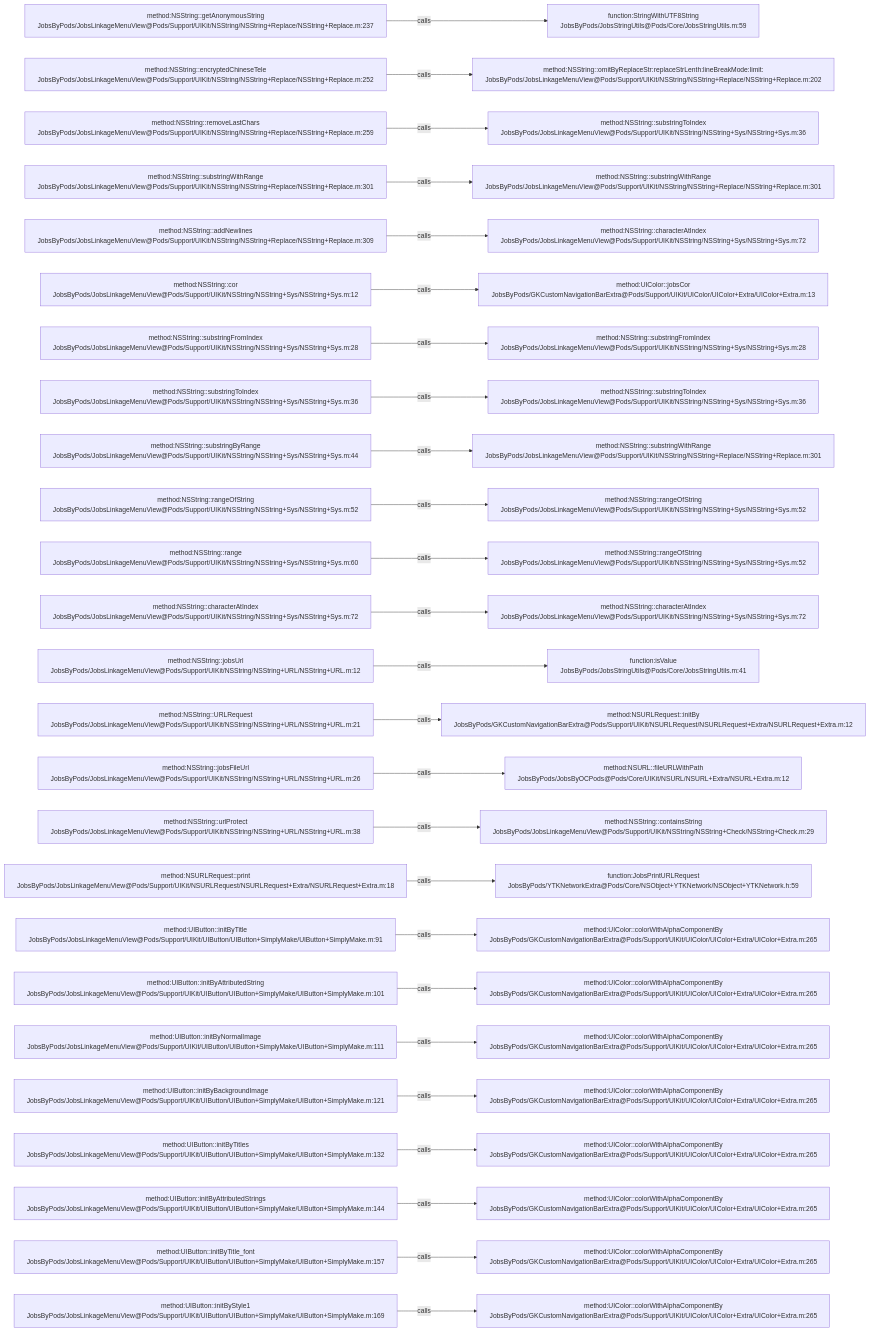
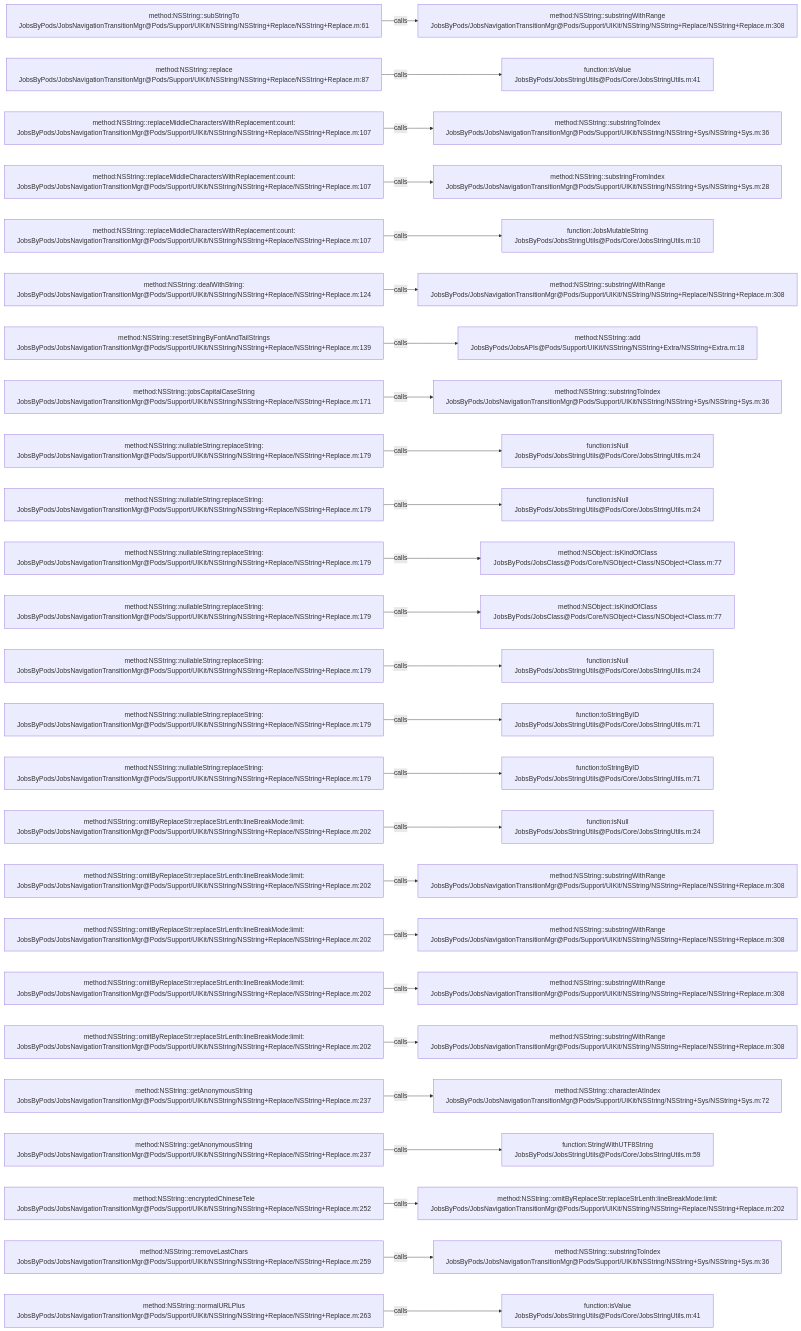
The diagram in .codegraph/codegraph.md/graphs/calls-132.md (JobsKits/JobsOCBaseConfigDemo), drawn with Mermaid before and after one commit. The commit also changed 1026 other files, not shown here.

````diff
--- a/.codegraph/codegraph.md/graphs/calls-132.md
+++ b/.codegraph/codegraph.md/graphs/calls-132.md
@@ -13,78 +13,78 @@
 ```mermaid
 flowchart LR
-  S1["method:NSString::getAnonymousString<br/>JobsByPods/JobsLinkageMenuView@Pods/Support/UIKit/NSString/NSString+Replace/NSString+Replace.m:237"]
-  T1["function:StringWithUTF8String<br/>JobsByPods/JobsStringUtils@Pods/Core/JobsStringUtils.m:59"]
+  S1["method:NSString::subStringTo<br/>JobsByPods/JobsNavigationTransitionMgr@Pods/Support/UIKit/NSString/NSString+Replace/NSString+Replace.m:61"]
+  T1["method:NSString::substringWithRange<br/>JobsByPods/JobsNavigationTransitionMgr@Pods/Support/UIKit/NSString/NSString+Replace/NSString+Replace.m:308"]
   S1 -->|calls| T1
-  S2["method:NSString::encryptedChineseTele<br/>JobsByPods/JobsLinkageMenuView@Pods/Support/UIKit/NSString/NSString+Replace/NSString+Replace.m:252"]
-  T2["method:NSString::omitByReplaceStr:replaceStrLenth:lineBreakMode:limit:<br/>JobsByPods/JobsLinkageMenuView@Pods/Support/UIKit/NSString/NSString+Replace/NSString+Replace.m:202"]
+  S2["method:NSString::replace<br/>JobsByPods/JobsNavigationTransitionMgr@Pods/Support/UIKit/NSString/NSString+Replace/NSString+Replace.m:87"]
+  T2["function:isValue<br/>JobsByPods/JobsStringUtils@Pods/Core/JobsStringUtils.m:41"]
   S2 -->|calls| T2
-  S3["method:NSString::removeLastChars<br/>JobsByPods/JobsLinkageMenuView@Pods/Support/UIKit/NSString/NSString+Replace/NSString+Replace.m:259"]
-  T3["method:NSString::substringToIndex<br/>JobsByPods/JobsLinkageMenuView@Pods/Support/UIKit/NSString/NSString+Sys/NSString+Sys.m:36"]
+  S3["method:NSString::replaceMiddleCharactersWithReplacement:count:<br/>JobsByPods/JobsNavigationTransitionMgr@Pods/Support/UIKit/NSString/NSString+Replace/NSString+Replace.m:107"]
+  T3["method:NSString::substringToIndex<br/>JobsByPods/JobsNavigationTransitionMgr@Pods/Support/UIKit/NSString/NSString+Sys/NSString+Sys.m:36"]
   S3 -->|calls| T3
-  S4["method:NSString::substringWithRange<br/>JobsByPods/JobsLinkageMenuView@Pods/Support/UIKit/NSString/NSString+Replace/NSString+Replace.m:301"]
-  T4["method:NSString::substringWithRange<br/>JobsByPods/JobsLinkageMenuView@Pods/Support/UIKit/NSString/NSString+Replace/NSString+Replace.m:301"]
+  S4["method:NSString::replaceMiddleCharactersWithReplacement:count:<br/>JobsByPods/JobsNavigationTransitionMgr@Pods/Support/UIKit/NSString/NSString+Replace/NSString+Replace.m:107"]
+  T4["method:NSString::substringFromIndex<br/>JobsByPods/JobsNavigationTransitionMgr@Pods/Support/UIKit/NSString/NSString+Sys/NSString+Sys.m:28"]
   S4 -->|calls| T4
-  S5["method:NSString::addNewlines<br/>JobsByPods/JobsLinkageMenuView@Pods/Support/UIKit/NSString/NSString+Replace/NSString+Replace.m:309"]
-  T5["method:NSString::characterAtIndex<br/>JobsByPods/JobsLinkageMenuView@Pods/Support/UIKit/NSString/NSString+Sys/NSString+Sys.m:72"]
+  S5["method:NSString::replaceMiddleCharactersWithReplacement:count:<br/>JobsByPods/JobsNavigationTransitionMgr@Pods/Support/UIKit/NSString/NSString+Replace/NSString+Replace.m:107"]
+  T5["function:JobsMutableString<br/>JobsByPods/JobsStringUtils@Pods/Core/JobsStringUtils.m:10"]
   S5 -->|calls| T5
-  S6["method:NSString::cor<br/>JobsByPods/JobsLinkageMenuView@Pods/Support/UIKit/NSString/NSString+Sys/NSString+Sys.m:12"]
-  T6["method:UIColor::jobsCor<br/>JobsByPods/GKCustomNavigationBarExtra@Pods/Support/UIKit/UIColor/UIColor+Extra/UIColor+Extra.m:13"]
+  S6["method:NSString::dealWithString:<br/>JobsByPods/JobsNavigationTransitionMgr@Pods/Support/UIKit/NSString/NSString+Replace/NSString+Replace.m:124"]
+  T6["method:NSString::substringWithRange<br/>JobsByPods/JobsNavigationTransitionMgr@Pods/Support/UIKit/NSString/NSString+Replace/NSString+Replace.m:308"]
   S6 -->|calls| T6
-  S7["method:NSString::substringFromIndex<br/>JobsByPods/JobsLinkageMenuView@Pods/Support/UIKit/NSString/NSString+Sys/NSString+Sys.m:28"]
-  T7["method:NSString::substringFromIndex<br/>JobsByPods/JobsLinkageMenuView@Pods/Support/UIKit/NSString/NSString+Sys/NSString+Sys.m:28"]
+  S7["method:NSString::resetStringByFontAndTailStrings<br/>JobsByPods/JobsNavigationTransitionMgr@Pods/Support/UIKit/NSString/NSString+Replace/NSString+Replace.m:139"]
+  T7["method:NSString::add<br/>JobsByPods/JobsAPIs@Pods/Support/UIKit/NSString/NSString+Extra/NSString+Extra.m:18"]
   S7 -->|calls| T7
-  S8["method:NSString::substringToIndex<br/>JobsByPods/JobsLinkageMenuView@Pods/Support/UIKit/NSString/NSString+Sys/NSString+Sys.m:36"]
-  T8["method:NSString::substringToIndex<br/>JobsByPods/JobsLinkageMenuView@Pods/Support/UIKit/NSString/NSString+Sys/NSString+Sys.m:36"]
+  S8["method:NSString::jobsCapitalCaseString<br/>JobsByPods/JobsNavigationTransitionMgr@Pods/Support/UIKit/NSString/NSString+Replace/NSString+Replace.m:171"]
+  T8["method:NSString::substringToIndex<br/>JobsByPods/JobsNavigationTransitionMgr@Pods/Support/UIKit/NSString/NSString+Sys/NSString+Sys.m:36"]
   S8 -->|calls| T8
-  S9["method:NSString::substringByRange<br/>JobsByPods/JobsLinkageMenuView@Pods/Support/UIKit/NSString/NSString+Sys/NSString+Sys.m:44"]
-  T9["method:NSString::substringWithRange<br/>JobsByPods/JobsLinkageMenuView@Pods/Support/UIKit/NSString/NSString+Replace/NSString+Replace.m:301"]
+  S9["method:NSString::nullableString:replaceString:<br/>JobsByPods/JobsNavigationTransitionMgr@Pods/Support/UIKit/NSString/NSString+Replace/NSString+Replace.m:179"]
+  T9["function:isNull<br/>JobsByPods/JobsStringUtils@Pods/Core/JobsStringUtils.m:24"]
   S9 -->|calls| T9
-  S10["method:NSString::rangeOfString<br/>JobsByPods/JobsLinkageMenuView@Pods/Support/UIKit/NSString/NSString+Sys/NSString+Sys.m:52"]
-  T10["method:NSString::rangeOfString<br/>JobsByPods/JobsLinkageMenuView@Pods/Support/UIKit/NSString/NSString+Sys/NSString+Sys.m:52"]
+  S10["method:NSString::nullableString:replaceString:<br/>JobsByPods/JobsNavigationTransitionMgr@Pods/Support/UIKit/NSString/NSString+Replace/NSString+Replace.m:179"]
+  T10["function:isNull<br/>JobsByPods/JobsStringUtils@Pods/Core/JobsStringUtils.m:24"]
   S10 -->|calls| T10
-  S11["method:NSString::range<br/>JobsByPods/JobsLinkageMenuView@Pods/Support/UIKit/NSString/NSString+Sys/NSString+Sys.m:60"]
-  T11["method:NSString::rangeOfString<br/>JobsByPods/JobsLinkageMenuView@Pods/Support/UIKit/NSString/NSString+Sys/NSString+Sys.m:52"]
+  S11["method:NSString::nullableString:replaceString:<br/>JobsByPods/JobsNavigationTransitionMgr@Pods/Support/UIKit/NSString/NSString+Replace/NSString+Replace.m:179"]
+  T11["method:NSObject::isKindOfClass<br/>JobsByPods/JobsClass@Pods/Core/NSObject+Class/NSObject+Class.m:77"]
   S11 -->|calls| T11
-  S12["method:NSString::characterAtIndex<br/>JobsByPods/JobsLinkageMenuView@Pods/Support/UIKit/NSString/NSString+Sys/NSString+Sys.m:72"]
-  T12["method:NSString::characterAtIndex<br/>JobsByPods/JobsLinkageMenuView@Pods/Support/UIKit/NSString/NSString+Sys/NSString+Sys.m:72"]
+  S12["method:NSString::nullableString:replaceString:<br/>JobsByPods/JobsNavigationTransitionMgr@Pods/Support/UIKit/NSString/NSString+Replace/NSString+Replace.m:179"]
+  T12["method:NSObject::isKindOfClass<br/>JobsByPods/JobsClass@Pods/Core/NSObject+Class/NSObject+Class.m:77"]
   S12 -->|calls| T12
-  S13["method:NSString::jobsUrl<br/>JobsByPods/JobsLinkageMenuView@Pods/Support/UIKit/NSString/NSString+URL/NSString+URL.m:12"]
-  T13["function:isValue<br/>JobsByPods/JobsStringUtils@Pods/Core/JobsStringUtils.m:41"]
+  S13["method:NSString::nullableString:replaceString:<br/>JobsByPods/JobsNavigationTransitionMgr@Pods/Support/UIKit/NSString/NSString+Replace/NSString+Replace.m:179"]
+  T13["function:isNull<br/>JobsByPods/JobsStringUtils@Pods/Core/JobsStringUtils.m:24"]
   S13 -->|calls| T13
-  S14["method:NSString::URLRequest<br/>JobsByPods/JobsLinkageMenuView@Pods/Support/UIKit/NSString/NSString+URL/NSString+URL.m:21"]
-  T14["method:NSURLRequest::initBy<br/>JobsByPods/GKCustomNavigationBarExtra@Pods/Support/UIKit/NSURLRequest/NSURLRequest+Extra/NSURLRequest+Extra.m:12"]
+  S14["method:NSString::nullableString:replaceString:<br/>JobsByPods/JobsNavigationTransitionMgr@Pods/Support/UIKit/NSString/NSString+Replace/NSString+Replace.m:179"]
+  T14["function:toStringByID<br/>JobsByPods/JobsStringUtils@Pods/Core/JobsStringUtils.m:71"]
   S14 -->|calls| T14
-  S15["method:NSString::jobsFileUrl<br/>JobsByPods/JobsLinkageMenuView@Pods/Support/UIKit/NSString/NSString+URL/NSString+URL.m:26"]
-  T15["method:NSURL::fileURLWithPath<br/>JobsByPods/JobsByOCPods@Pods/Core/UIKit/NSURL/NSURL+Extra/NSURL+Extra.m:12"]
+  S15["method:NSString::nullableString:replaceString:<br/>JobsByPods/JobsNavigationTransitionMgr@Pods/Support/UIKit/NSString/NSString+Replace/NSString+Replace.m:179"]
+  T15["function:toStringByID<br/>JobsByPods/JobsStringUtils@Pods/Core/JobsStringUtils.m:71"]
   S15 -->|calls| T15
-  S16["method:NSString::urlProtect<br/>JobsByPods/JobsLinkageMenuView@Pods/Support/UIKit/NSString/NSString+URL/NSString+URL.m:38"]
-  T16["method:NSString::containsString<br/>JobsByPods/JobsLinkageMenuView@Pods/Support/UIKit/NSString/NSString+Check/NSString+Check.m:29"]
+  S16["method:NSString::omitByReplaceStr:replaceStrLenth:lineBreakMode:limit:<br/>JobsByPods/JobsNavigationTransitionMgr@Pods/Support/UIKit/NSString/NSString+Replace/NSString+Replace.m:202"]
+  T16["function:isNull<br/>JobsByPods/JobsStringUtils@Pods/Core/JobsStringUtils.m:24"]
   S16 -->|calls| T16
-  S17["method:NSURLRequest::print<br/>JobsByPods/JobsLinkageMenuView@Pods/Support/UIKit/NSURLRequest/NSURLRequest+Extra/NSURLRequest+Extra.m:18"]
-  T17["function:JobsPrintURLRequest<br/>JobsByPods/YTKNetworkExtra@Pods/Core/NSObject+YTKNetwork/NSObject+YTKNetwork.h:59"]
+  S17["method:NSString::omitByReplaceStr:replaceStrLenth:lineBreakMode:limit:<br/>JobsByPods/JobsNavigationTransitionMgr@Pods/Support/UIKit/NSString/NSString+Replace/NSString+Replace.m:202"]
+  T17["method:NSString::substringWithRange<br/>JobsByPods/JobsNavigationTransitionMgr@Pods/Support/UIKit/NSString/NSString+Replace/NSString+Replace.m:308"]
   S17 -->|calls| T17
-  S18["method:UIButton::initByTitle<br/>JobsByPods/JobsLinkageMenuView@Pods/Support/UIKit/UIButton/UIButton+SimplyMake/UIButton+SimplyMake.m:91"]
-  T18["method:UIColor::colorWithAlphaComponentBy<br/>JobsByPods/GKCustomNavigationBarExtra@Pods/Support/UIKit/UIColor/UIColor+Extra/UIColor+Extra.m:265"]
+  S18["method:NSString::omitByReplaceStr:replaceStrLenth:lineBreakMode:limit:<br/>JobsByPods/JobsNavigationTransitionMgr@Pods/Support/UIKit/NSString/NSString+Replace/NSString+Replace.m:202"]
+  T18["method:NSString::substringWithRange<br/>JobsByPods/JobsNavigationTransitionMgr@Pods/Support/UIKit/NSString/NSString+Replace/NSString+Replace.m:308"]
   S18 -->|calls| T18
-  S19["method:UIButton::initByAttributedString<br/>JobsByPods/JobsLinkageMenuView@Pods/Support/UIKit/UIButton/UIButton+SimplyMake/UIButton+SimplyMake.m:101"]
-  T19["method:UIColor::colorWithAlphaComponentBy<br/>JobsByPods/GKCustomNavigationBarExtra@Pods/Support/UIKit/UIColor/UIColor+Extra/UIColor+Extra.m:265"]
+  S19["method:NSString::omitByReplaceStr:replaceStrLenth:lineBreakMode:limit:<br/>JobsByPods/JobsNavigationTransitionMgr@Pods/Support/UIKit/NSString/NSString+Replace/NSString+Replace.m:202"]
+  T19["method:NSString::substringWithRange<br/>JobsByPods/JobsNavigationTransitionMgr@Pods/Support/UIKit/NSString/NSString+Replace/NSString+Replace.m:308"]
   S19 -->|calls| T19
-  S20["method:UIButton::initByNormalImage<br/>JobsByPods/JobsLinkageMenuView@Pods/Support/UIKit/UIButton/UIButton+SimplyMake/UIButton+SimplyMake.m:111"]
-  T20["method:UIColor::colorWithAlphaComponentBy<br/>JobsByPods/GKCustomNavigationBarExtra@Pods/Support/UIKit/UIColor/UIColor+Extra/UIColor+Extra.m:265"]
+  S20["method:NSString::omitByReplaceStr:replaceStrLenth:lineBreakMode:limit:<br/>JobsByPods/JobsNavigationTransitionMgr@Pods/Support/UIKit/NSString/NSString+Replace/NSString+Replace.m:202"]
+  T20["method:NSString::substringWithRange<br/>JobsByPods/JobsNavigationTransitionMgr@Pods/Support/UIKit/NSString/NSString+Replace/NSString+Replace.m:308"]
   S20 -->|calls| T20
-  S21["method:UIButton::initByBackgroundImage<br/>JobsByPods/JobsLinkageMenuView@Pods/Support/UIKit/UIButton/UIButton+SimplyMake/UIButton+SimplyMake.m:121"]
-  T21["method:UIColor::colorWithAlphaComponentBy<br/>JobsByPods/GKCustomNavigationBarExtra@Pods/Support/UIKit/UIColor/UIColor+Extra/UIColor+Extra.m:265"]
+  S21["method:NSString::getAnonymousString<br/>JobsByPods/JobsNavigationTransitionMgr@Pods/Support/UIKit/NSString/NSString+Replace/NSString+Replace.m:237"]
+  T21["method:NSString::characterAtIndex<br/>JobsByPods/JobsNavigationTransitionMgr@Pods/Support/UIKit/NSString/NSString+Sys/NSString+Sys.m:72"]
   S21 -->|calls| T21
-  S22["method:UIButton::initByTitles<br/>JobsByPods/JobsLinkageMenuView@Pods/Support/UIKit/UIButton/UIButton+SimplyMake/UIButton+SimplyMake.m:132"]
-  T22["method:UIColor::colorWithAlphaComponentBy<br/>JobsByPods/GKCustomNavigationBarExtra@Pods/Support/UIKit/UIColor/UIColor+Extra/UIColor+Extra.m:265"]
+  S22["method:NSString::getAnonymousString<br/>JobsByPods/JobsNavigationTransitionMgr@Pods/Support/UIKit/NSString/NSString+Replace/NSString+Replace.m:237"]
+  T22["function:StringWithUTF8String<br/>JobsByPods/JobsStringUtils@Pods/Core/JobsStringUtils.m:59"]
   S22 -->|calls| T22
-  S23["method:UIButton::initByAttributedStrings<br/>JobsByPods/JobsLinkageMenuView@Pods/Support/UIKit/UIButton/UIButton+SimplyMake/UIButton+SimplyMake.m:144"]
-  T23["method:UIColor::colorWithAlphaComponentBy<br/>JobsByPods/GKCustomNavigationBarExtra@Pods/Support/UIKit/UIColor/UIColor+Extra/UIColor+Extra.m:265"]
+  S23["method:NSString::encryptedChineseTele<br/>JobsByPods/JobsNavigationTransitionMgr@Pods/Support/UIKit/NSString/NSString+Replace/NSString+Replace.m:252"]
+  T23["method:NSString::omitByReplaceStr:replaceStrLenth:lineBreakMode:limit:<br/>JobsByPods/JobsNavigationTransitionMgr@Pods/Support/UIKit/NSString/NSString+Replace/NSString+Replace.m:202"]
   S23 -->|calls| T23
-  S24["method:UIButton::initByTitle_font<br/>JobsByPods/JobsLinkageMenuView@Pods/Support/UIKit/UIButton/UIButton+SimplyMake/UIButton+SimplyMake.m:157"]
-  T24["method:UIColor::colorWithAlphaComponentBy<br/>JobsByPods/GKCustomNavigationBarExtra@Pods/Support/UIKit/UIColor/UIColor+Extra/UIColor+Extra.m:265"]
+  S24["method:NSString::removeLastChars<br/>JobsByPods/JobsNavigationTransitionMgr@Pods/Support/UIKit/NSString/NSString+Replace/NSString+Replace.m:259"]
+  T24["method:NSString::substringToIndex<br/>JobsByPods/JobsNavigationTransitionMgr@Pods/Support/UIKit/NSString/NSString+Sys/NSString+Sys.m:36"]
   S24 -->|calls| T24
-  S25["method:UIButton::initByStyle1<br/>JobsByPods/JobsLinkageMenuView@Pods/Support/UIKit/UIButton/UIButton+SimplyMake/UIButton+SimplyMake.m:169"]
-  T25["method:UIColor::colorWithAlphaComponentBy<br/>JobsByPods/GKCustomNavigationBarExtra@Pods/Support/UIKit/UIColor/UIColor+Extra/UIColor+Extra.m:265"]
+  S25["method:NSString::normalURLPlus<br/>JobsByPods/JobsNavigationTransitionMgr@Pods/Support/UIKit/NSString/NSString+Replace/NSString+Replace.m:263"]
+  T25["function:isValue<br/>JobsByPods/JobsStringUtils@Pods/Core/JobsStringUtils.m:41"]
   S25 -->|calls| T25
 ```
````
